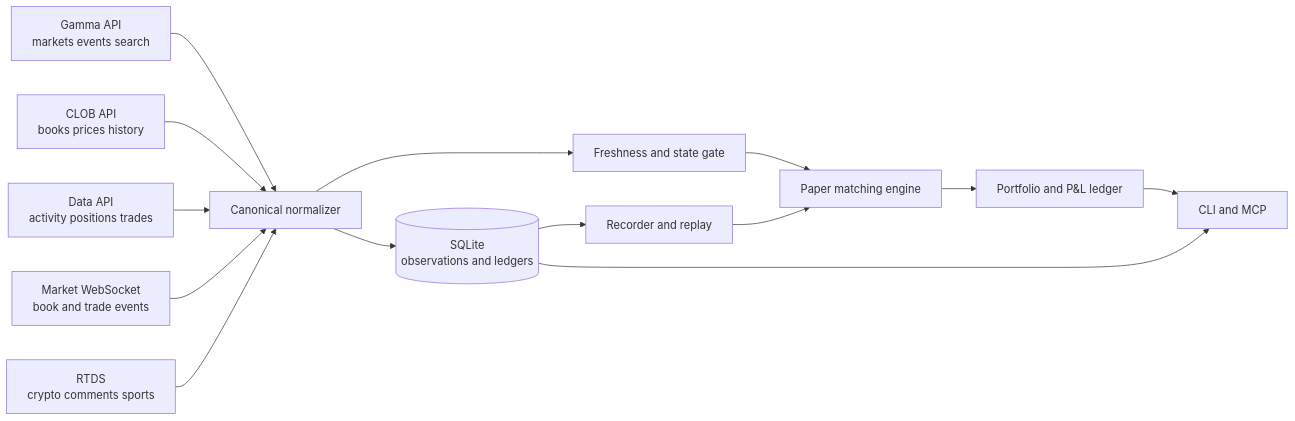
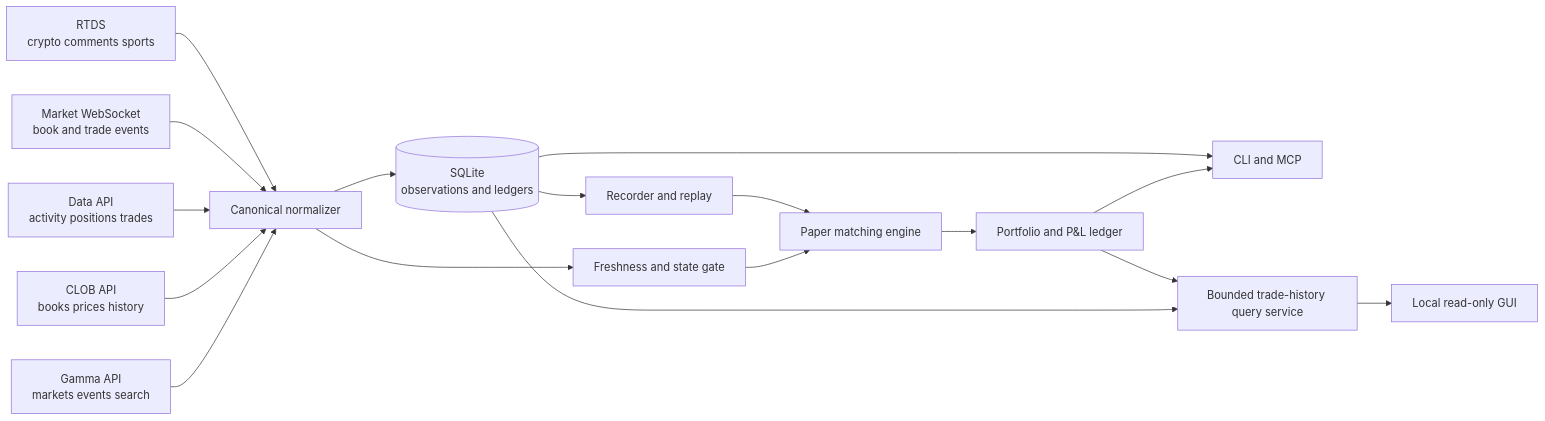
One commit to chanatundev/polymarket-paper-trader changed the diagram in obsidian/00_Home/Project_Map.md. Above: the diagram before and after it, drawn with Mermaid. The commit also changed other lines of this file and 23 other files, not shown here.

Commit message:
docs: plan local trade history GUI

````diff
--- a/obsidian/00_Home/Project_Map.md
+++ b/obsidian/00_Home/Project_Map.md
@@ -9,16 +9,19 @@
 ```mermaid
 flowchart LR
-  G[Gamma API\nmarkets events search] --> N[Canonical normalizer]
+  GA[Gamma API\nmarkets events search] --> N[Canonical normalizer]
   C[CLOB API\nbooks prices history] --> N
   D[Data API\nactivity positions trades] --> N
   W[Market WebSocket\nbook and trade events] --> N
   R[RTDS\ncrypto comments sports] --> N
   N --> S[(SQLite\nobservations and ledgers)]
   N --> F[Freshness and state gate]
   S --> P[Recorder and replay]
   F --> M[Paper matching engine]
   P --> M
   M --> L[Portfolio and P&L ledger]
   L --> X[CLI and MCP]
   S --> X
+  S --> Q[Bounded trade-history query service]
+  L --> Q
+  Q --> U[Local read-only GUI]
 ```
````
